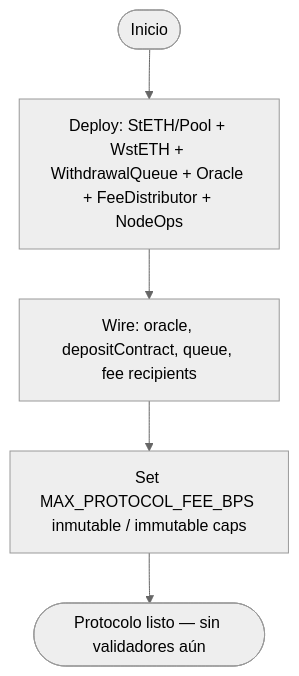
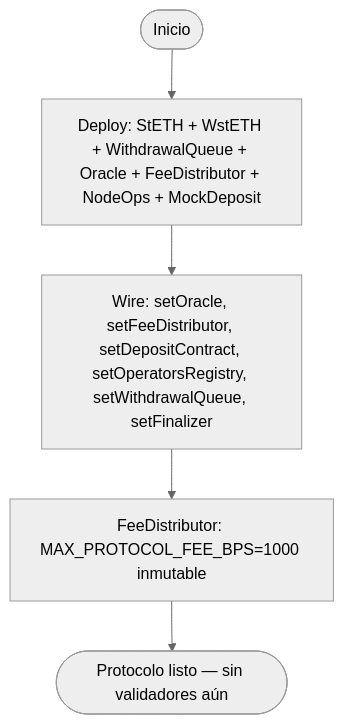
Before and after one commit to rastrahm/liquid-staking-protocol: the first of 5 diagrams in doc/flujograma.md, drawn with Mermaid (neutral theme). The commit also changed other lines of this file and 12 other files, not shown here.

````diff
--- a/doc/flujograma.md
+++ b/doc/flujograma.md
@@ -25,7 +25,7 @@
 ```mermaid
 flowchart TD
-    Start([Inicio]) --> Dep[Deploy: StETH/Pool + WstETH + WithdrawalQueue + Oracle + FeeDistributor + NodeOps]
-    Dep --> Wire[Wire: oracle, depositContract, queue, fee recipients]
-    Wire --> Caps[Set MAX_PROTOCOL_FEE_BPS inmutable / immutable caps]
+    Start([Inicio]) --> Dep[Deploy: StETH + WstETH + WithdrawalQueue + Oracle + FeeDistributor + NodeOps + MockDeposit]
+    Dep --> Wire[Wire: setOracle, setFeeDistributor, setDepositContract, setOperatorsRegistry, setWithdrawalQueue, setFinalizer]
+    Wire --> Caps[FeeDistributor: MAX_PROTOCOL_FEE_BPS=1000 inmutable]
     Caps --> Ready([Protocolo listo — sin validadores aún])
 ```
````
